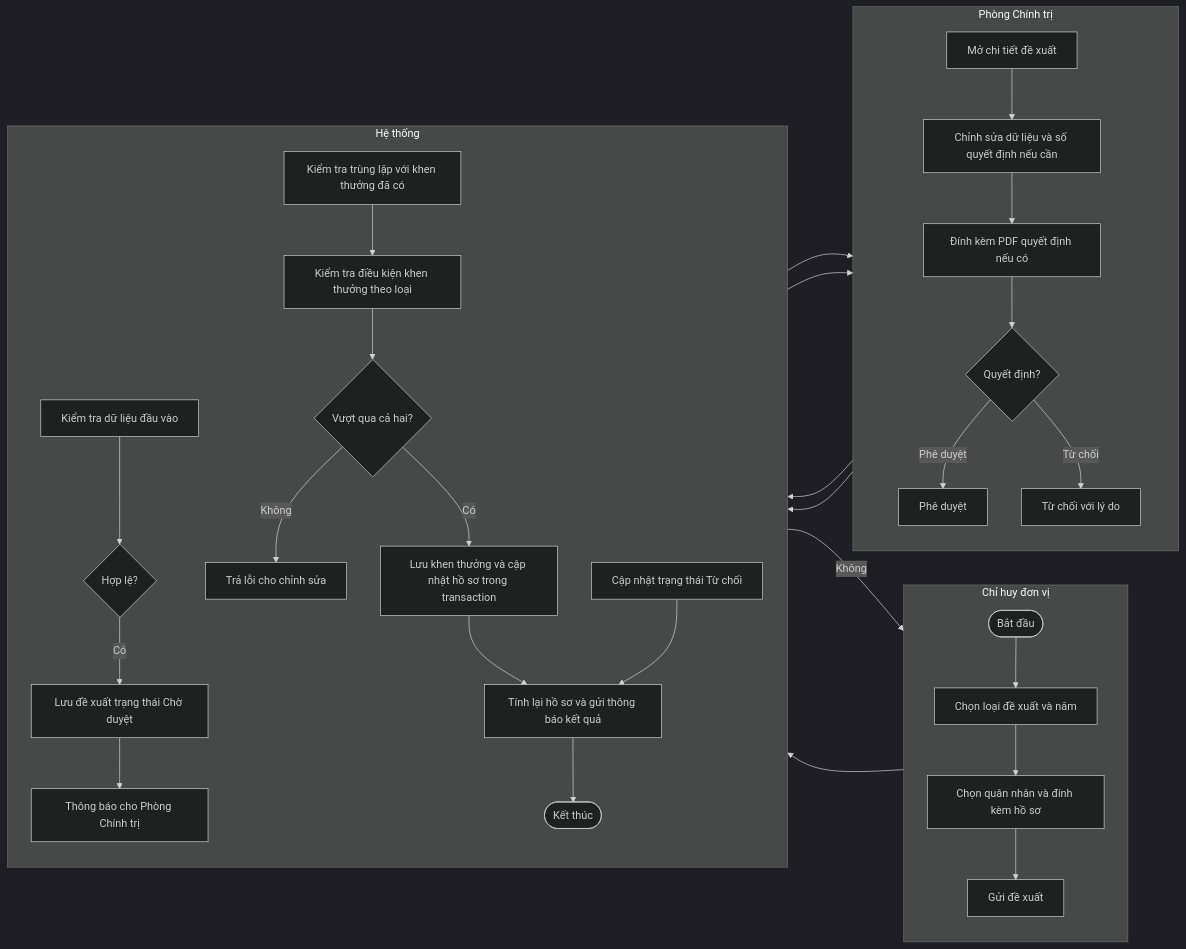
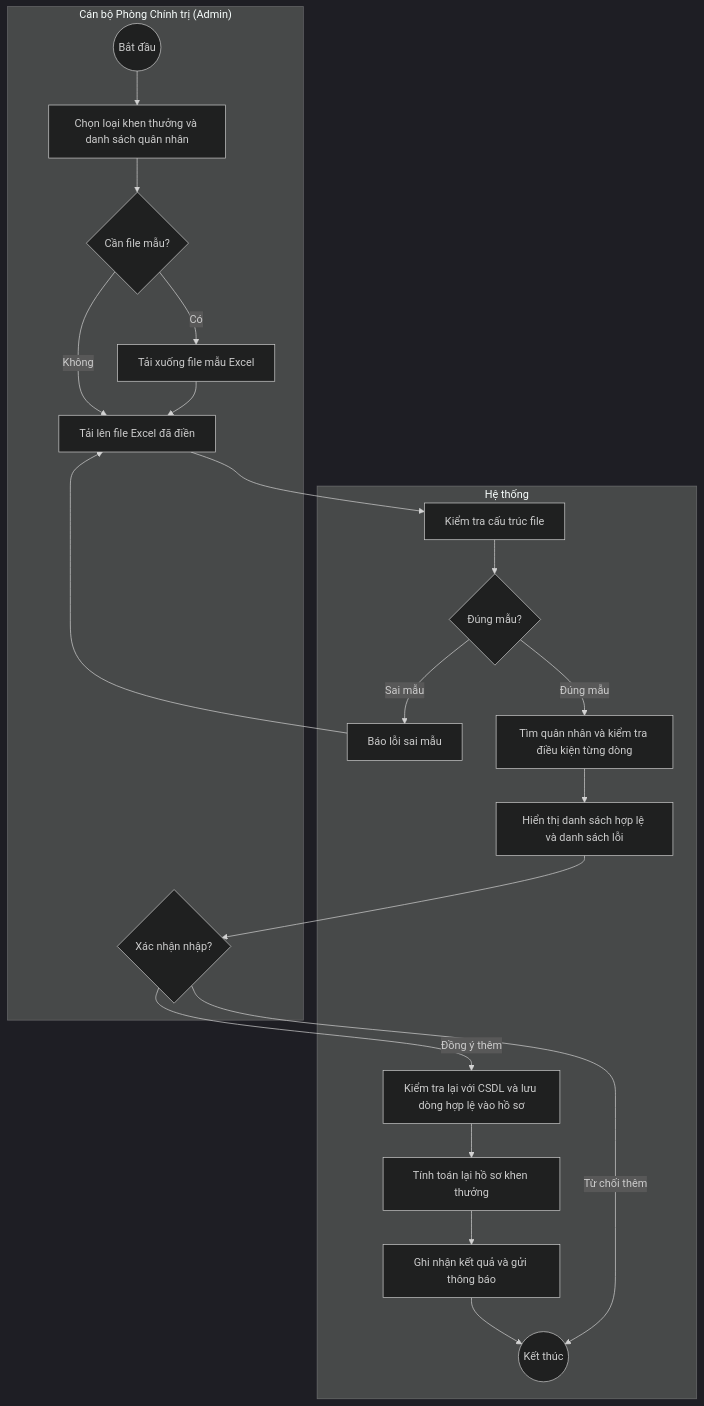
Before and after one commit to tranducbk/DATN_PM_QLKT: the second of 3 diagrams in docs/diagrams/02-activity.md, drawn with Mermaid (dark theme). The commit also changed other lines of this file and 113 other files, not shown here.

````diff
--- a/docs/diagrams/02-activity.md
+++ b/docs/diagrams/02-activity.md
@@ -94,42 +88,38 @@
 ```mermaid
-flowchart LR
-    subgraph MG["Chỉ huy đơn vị"]
-        direction TB
-        Start([Bắt đầu])
-        M1[Chọn loại đề xuất và năm]
-        M2[Chọn quân nhân và đính kèm hồ sơ]
-        M3[Gửi đề xuất]
-    end
-    subgraph AD["Phòng Chính trị"]
-        direction TB
-        A1[Mở chi tiết đề xuất]
-        A2[Chỉnh sửa dữ liệu và số quyết định nếu cần]
-        A3[Đính kèm PDF quyết định nếu có]
-        D2{Quyết định?}
-        A4[Phê duyệt]
-        A5[Từ chối với lý do]
-    end
-    subgraph SYS["Hệ thống"]
-        direction TB
-        S1[Kiểm tra dữ liệu đầu vào]
-        D1{Hợp lệ?}
-        S2[Lưu đề xuất trạng thái Chờ duyệt]
-        S3[Thông báo cho Phòng Chính trị]
-        S4a[Kiểm tra trùng lặp với khen thưởng đã có]
-        S4b[Kiểm tra điều kiện khen thưởng theo loại]
-        D3{Vượt qua cả hai?}
-        S5[Trả lỗi cho chỉnh sửa]
-        S6[Lưu khen thưởng và cập nhật hồ sơ trong transaction]
-        S7[Tính lại hồ sơ và gửi thông báo kết quả]
-        S8[Cập nhật trạng thái Từ chối]
-        End([Kết thúc])
+flowchart TD
+    subgraph CB["Cán bộ Phòng Chính trị (Admin)"]
+        S(("Bắt đầu")) --> A1["Chọn loại khen thưởng và danh sách quân nhân"]
+        A1 --> D0{"Cần file mẫu?"}
+        A2["Tải xuống file mẫu Excel"]
+        A3["Tải lên file Excel đã điền"]
+        D2{"Xác nhận nhập?"}
     end
 
-    Start --> M1 --> M2 --> M3 --> S1 --> D1
-    D1 -- Không --> M2
-    D1 -- Có --> S2 --> S3 --> A1 --> A2 --> A3 --> D2
-    D2 -- Phê duyệt --> A4 --> S4a --> S4b --> D3
-    D3 -- Không --> S5 --> A2
-    D3 -- Có --> S6 --> S7 --> End
-    D2 -- Từ chối --> A5 --> S8 --> S7
+    subgraph HT["Hệ thống"]
+        B1["Kiểm tra cấu trúc file"]
+        D1{"Đúng mẫu?"}
+        Berr["Báo lỗi sai mẫu"]
+        B2["Tìm quân nhân và kiểm tra điều kiện từng dòng"]
+        B3["Hiển thị danh sách hợp lệ và danh sách lỗi"]
+        B4["Kiểm tra lại với CSDL và lưu dòng hợp lệ vào hồ sơ"]
+        B5["Tính toán lại hồ sơ khen thưởng"]
+        B6["Ghi nhận kết quả và gửi thông báo"]
+        F(("Kết thúc"))
+    end
+
+    D0 -->|"Có"| A2
+    A2 --> A3
+    D0 -->|"Không"| A3
+    A3 --> B1
+    B1 --> D1
+    D1 -->|"Sai mẫu"| Berr
+    Berr --> A3
+    D1 -->|"Đúng mẫu"| B2
+    B2 --> B3
+    B3 --> D2
+    D2 -->|"Từ chối thêm"| F
+    D2 -->|"Đồng ý thêm"| B4
+    B4 --> B5
+    B5 --> B6
+    B6 --> F
 ```
````
